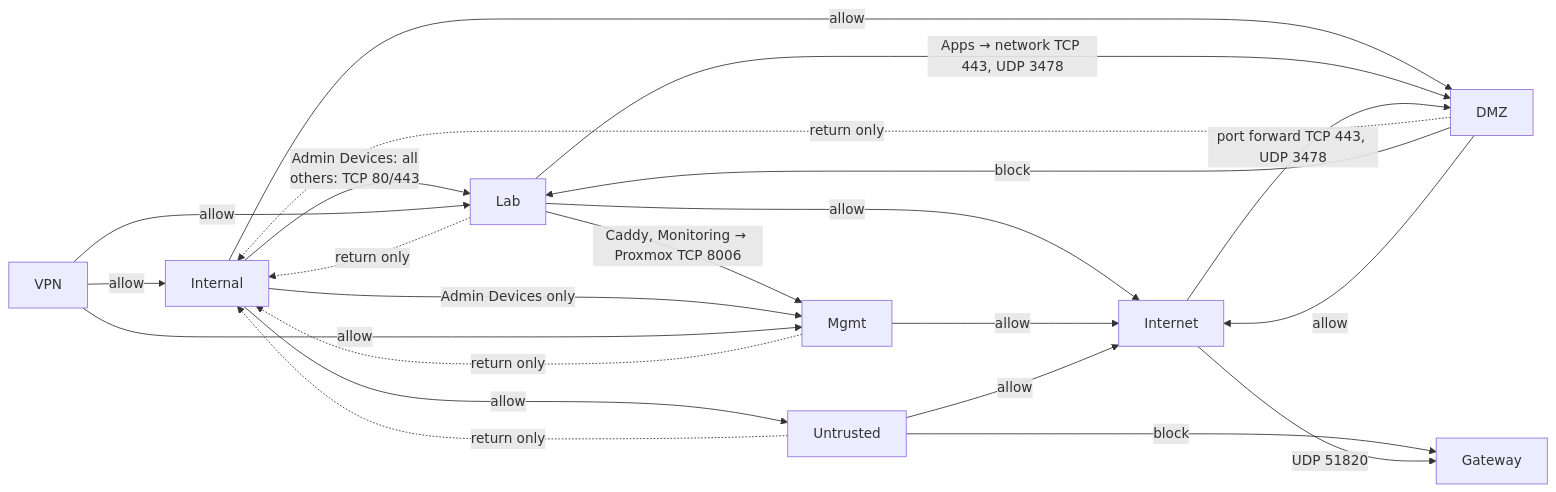
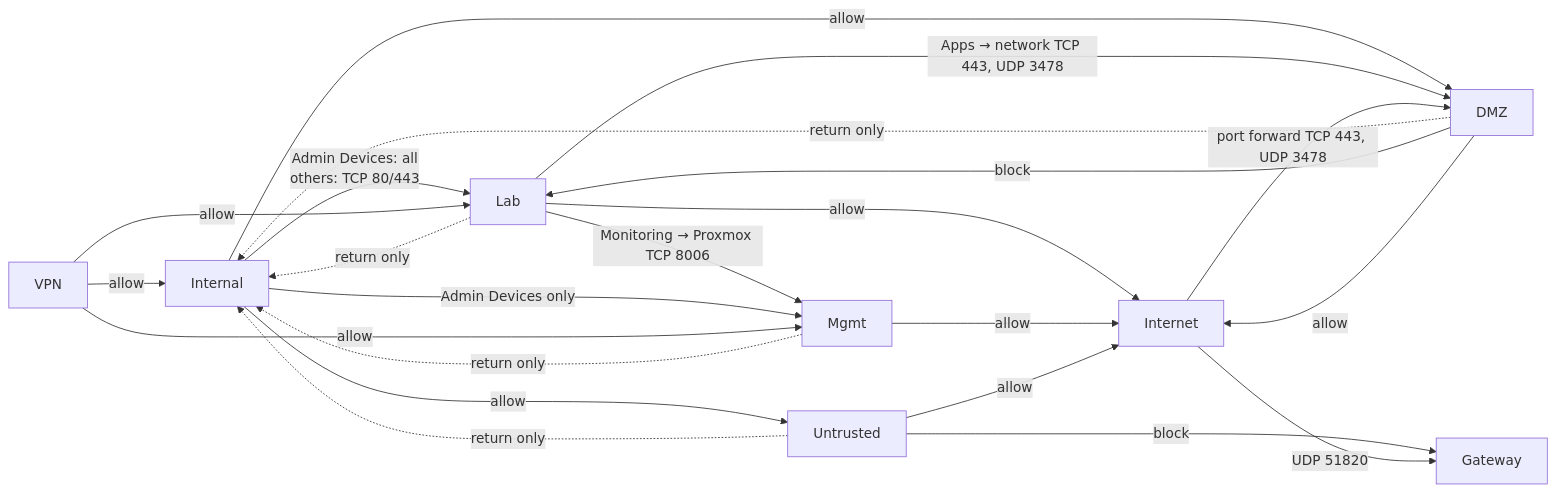
Before and after one commit to shaaz-f/home-server: the diagram in docs/firewall.md, drawn with Mermaid. The commit also changed other lines of this file and 2 other files, not shown here.

Commit message:
Document Caddy to Proxmox rule as disabled

````diff
--- a/docs/firewall.md
+++ b/docs/firewall.md
@@ -38,24 +38,24 @@
 ```mermaid
 flowchart LR
     I[Internal] -->|Admin Devices: all<br/>others: TCP 80/443| L[Lab]
-    L -->|Caddy, Monitoring → Proxmox TCP 8006| M
+    L -->|Monitoring → Proxmox TCP 8006| M
     I -->|Admin Devices only| M[Mgmt]
     I -->|allow| U[Untrusted]
     I -->|allow| D[DMZ]
     V[VPN] -->|allow| I
     V -->|allow| L
     V -->|allow| M
     L -.->|return only| I
     M -.->|return only| I
     U -.->|return only| I
     D -.->|return only| I
     U -->|block| G[Gateway]
     D -->|block| L
     L -->|Apps → network TCP 443, UDP 3478| D
     E -->|port forward TCP 443, UDP 3478| D
     L -->|allow| E[Internet]
     M -->|allow| E
     U -->|allow| E
     D -->|allow| E
     E -->|UDP 51820| G
 ```
````
